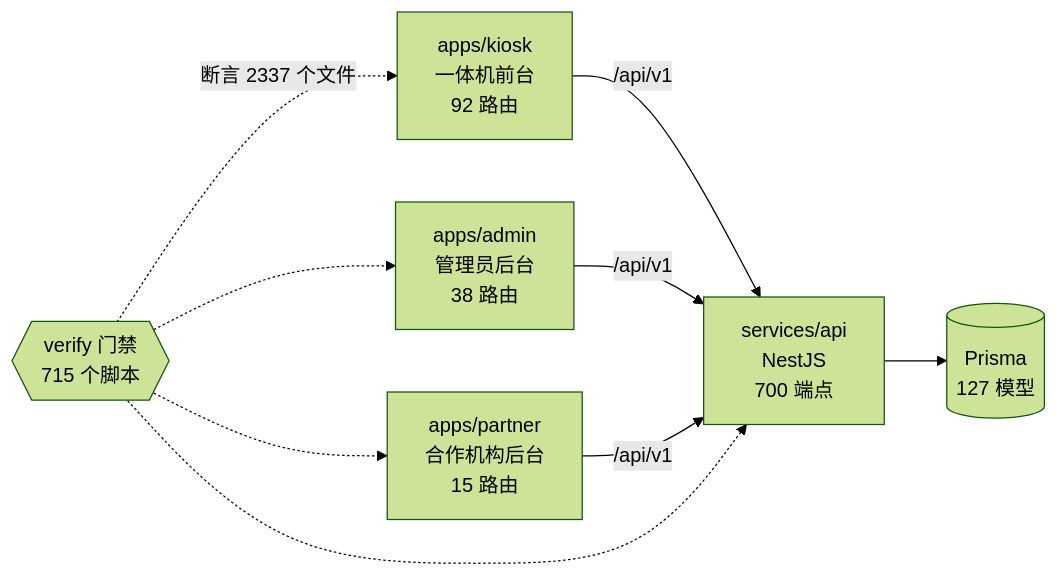
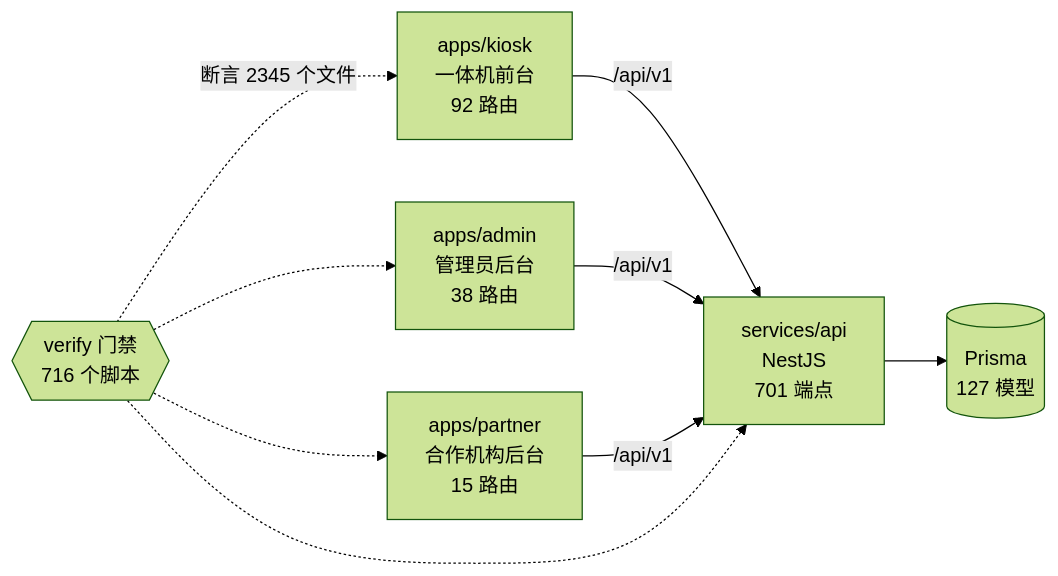
The diagram in docs/graph/README.md (wanglei581/YITIJI), drawn with Mermaid (forest theme) before and after one commit. The commit also changed other lines of this file and 15 other files, not shown here.

Commit message:
P2c2b：收口自开票二期 Codex 审查 3 项 P1 + 2 项 P2（竞态/材料包/抵扣实付/长退避/图谱）

````diff
--- a/docs/graph/README.md
+++ b/docs/graph/README.md
@@ -68,18 +68,18 @@
 ```mermaid
 flowchart LR
   kiosk["apps/kiosk<br/>一体机前台<br/>92 路由"]
   admin["apps/admin<br/>管理员后台<br/>38 路由"]
   partner["apps/partner<br/>合作机构后台<br/>15 路由"]
-  api["services/api<br/>NestJS<br/>700 端点"]
+  api["services/api<br/>NestJS<br/>701 端点"]
   db[("Prisma<br/>127 模型")]
-  gates{{"verify 门禁<br/>715 个脚本"}}
+  gates{{"verify 门禁<br/>716 个脚本"}}
 
   kiosk -->|"/api/v1"| api
   admin -->|"/api/v1"| api
   partner -->|"/api/v1"| api
   api --> db
-  gates -.->|"断言 2337 个文件"| kiosk
+  gates -.->|"断言 2345 个文件"| kiosk
   gates -.-> admin
   gates -.-> partner
   gates -.-> api
 ```
````
